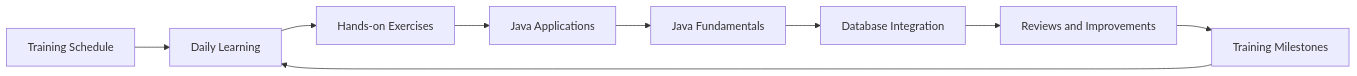
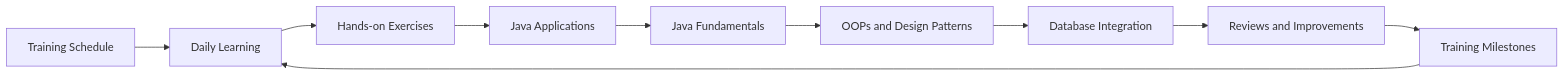
The diagram in README.md (KishoreMuruganantham/hexaware-training-journal), drawn with Mermaid before and after one commit. The commit also changed other lines of this file and 1 other file, not shown here.

Commit message:
Update journal for grouping, DTO stats, Comparable and OOPs training

````diff
--- a/README.md
+++ b/README.md
@@ -7,11 +7,12 @@
 ```mermaid
 flowchart LR
     A[Training Schedule] --> B[Daily Learning]
     B --> C[Hands-on Exercises]
     C --> D[Java Applications]
     D --> H[Java Fundamentals]
-    H --> E[Database Integration]
+    H --> I[OOPs and Design Patterns]
+    I --> E[Database Integration]
     E --> F[Reviews and Improvements]
     F --> G[Training Milestones]
     G --> B
 ```
````
